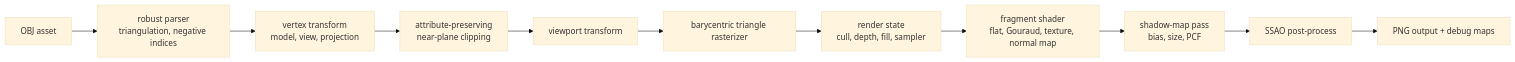
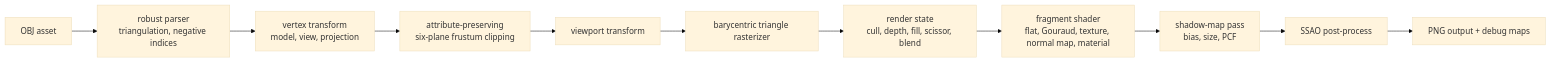
The diagram in README.md (MysterionRise/octo-render), drawn with Mermaid (base theme) before and after one commit. The commit also changed other lines of this file and 17 other files, not shown here.

````diff
--- a/README.md
+++ b/README.md
@@ -121,13 +128,13 @@
 ```mermaid
 flowchart LR
     OBJ["OBJ asset"] --> Parse["robust parser\ntriangulation, negative indices"]
     Parse --> Vertex["vertex transform\nmodel, view, projection"]
-    Vertex --> Clip["attribute-preserving\nnear-plane clipping"]
+    Vertex --> Clip["attribute-preserving\nsix-plane frustum clipping"]
     Clip --> Viewport["viewport transform"]
     Viewport --> Raster["barycentric triangle rasterizer"]
-    Raster --> State["render state\ncull, depth, fill, sampler"]
-    State --> Fragment["fragment shader\nflat, Gouraud, texture, normal map"]
+    Raster --> State["render state\ncull, depth, fill, scissor, blend"]
+    State --> Fragment["fragment shader\nflat, Gouraud, texture, normal map, material"]
     Fragment --> Shadow["shadow-map pass\nbias, size, PCF"]
     Shadow --> SSAO["SSAO post-process"]
     SSAO --> PNG["PNG output + debug maps"]
 ```
````
